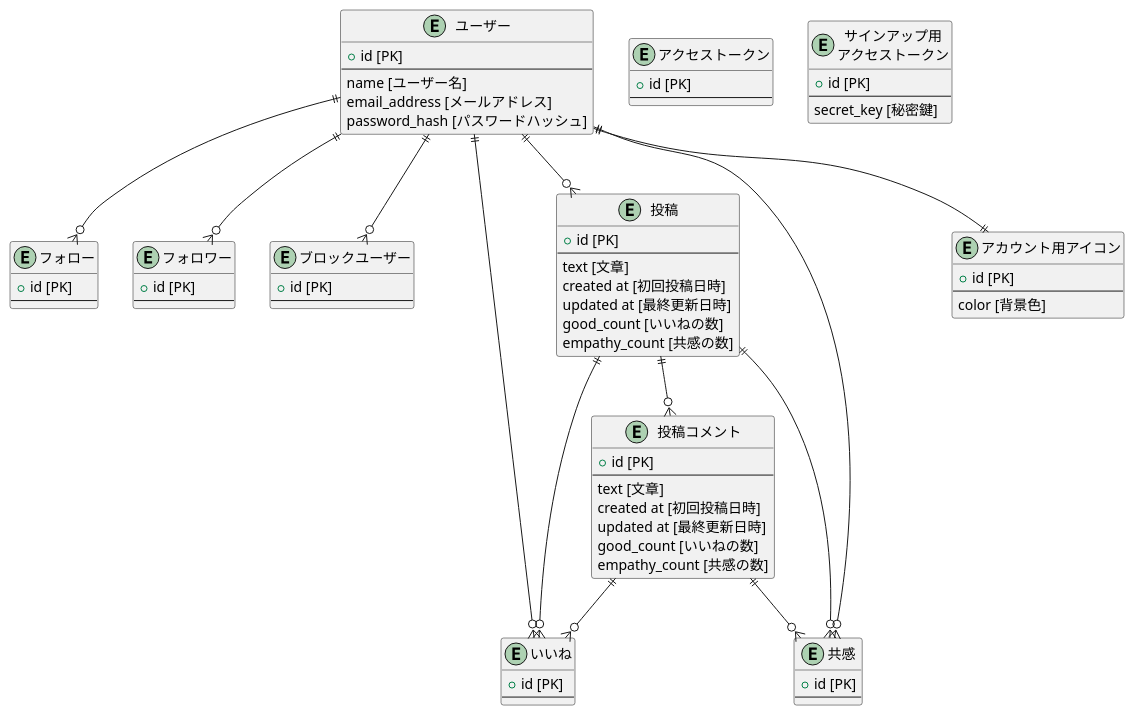
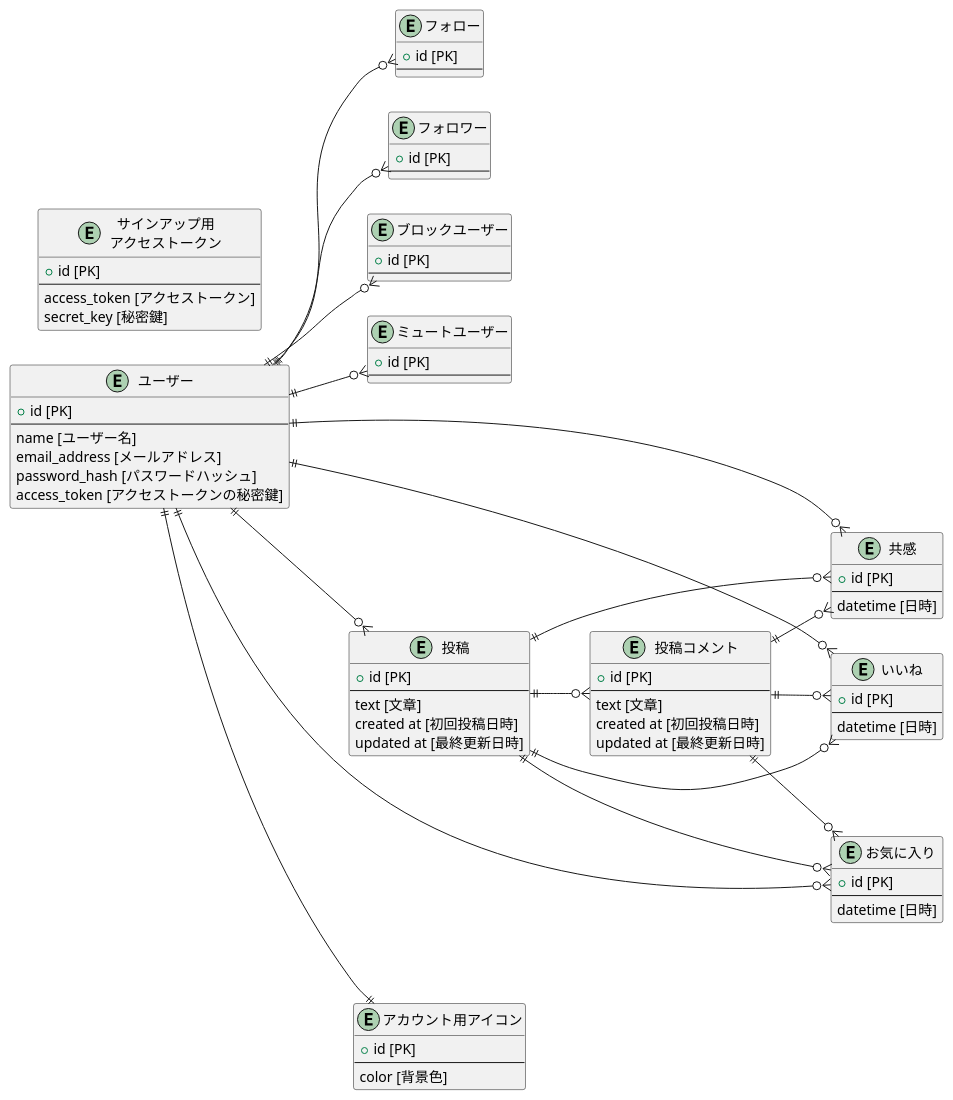
Before and after one commit to kusa-mochi/lite-sns: the diagram in doc/2-1_erd.puml, drawn with PlantUML.

Commit message:
making ER diagram.

```diff
--- a/doc/2-1_erd.puml
+++ b/doc/2-1_erd.puml
@@ -1,88 +1,100 @@
 @startuml erd
+
+left to right direction
 
 entity user as "ユーザー" {
     + id [PK]
     --
     name [ユーザー名]
     email_address [メールアドレス]
     password_hash [パスワードハッシュ]
+    access_token [アクセストークンの秘密鍵]
 }
 
 entity follow as "フォロー" {
     + id [PK]
     --
 }
 
 entity follower as "フォロワー" {
     + id [PK]
     --
 }
 
 entity block as "ブロックユーザー" {
     + id [PK]
     --
 }
 
-entity access_token as "アクセストークン" {
+entity mute as "ミュートユーザー" {
     + id [PK]
     --
 }
 
 entity signup_access_token as "サインアップ用\nアクセストークン" {
     + id [PK]
     --
+    access_token [アクセストークン]
     secret_key [秘密鍵]
 }
 
 entity post as "投稿" {
     + id [PK]
     --
     text [文章]
     created at [初回投稿日時]
     updated at [最終更新日時]
-    good_count [いいねの数]
-    empathy_count [共感の数]
 }
 
 entity comment as "投稿コメント" {
     + id [PK]
     --
     text [文章]
     created at [初回投稿日時]
     updated at [最終更新日時]
-    good_count [いいねの数]
-    empathy_count [共感の数]
 }
 
 entity good as "いいね" {
     + id [PK]
     --
+    datetime [日時]
 }
 
 entity empathy as "共感" {
     + id [PK]
     --
+    datetime [日時]
+}
+
+entity collect as "お気に入り" {
+    + id [PK]
+    --
+    datetime [日時]
 }
 
 entity icon as "アカウント用アイコン" {
     + id [PK]
     --
     color [背景色]
 }
 
 user ||--o{ post
 user ||--|| icon
 user ||--o{ follow
 user ||--o{ follower
 user ||--o{ block
+user ||--o{ mute
 user ||--o{ good
 user ||--o{ empathy
+user ||--o{ collect
 
 post ||--o{ comment
 post ||--o{ good
 post ||--o{ empathy
+post ||--o{ collect
 
 comment ||--o{ good
 comment ||--o{ empathy
+comment ||--o{ collect
 
 @enduml
```
